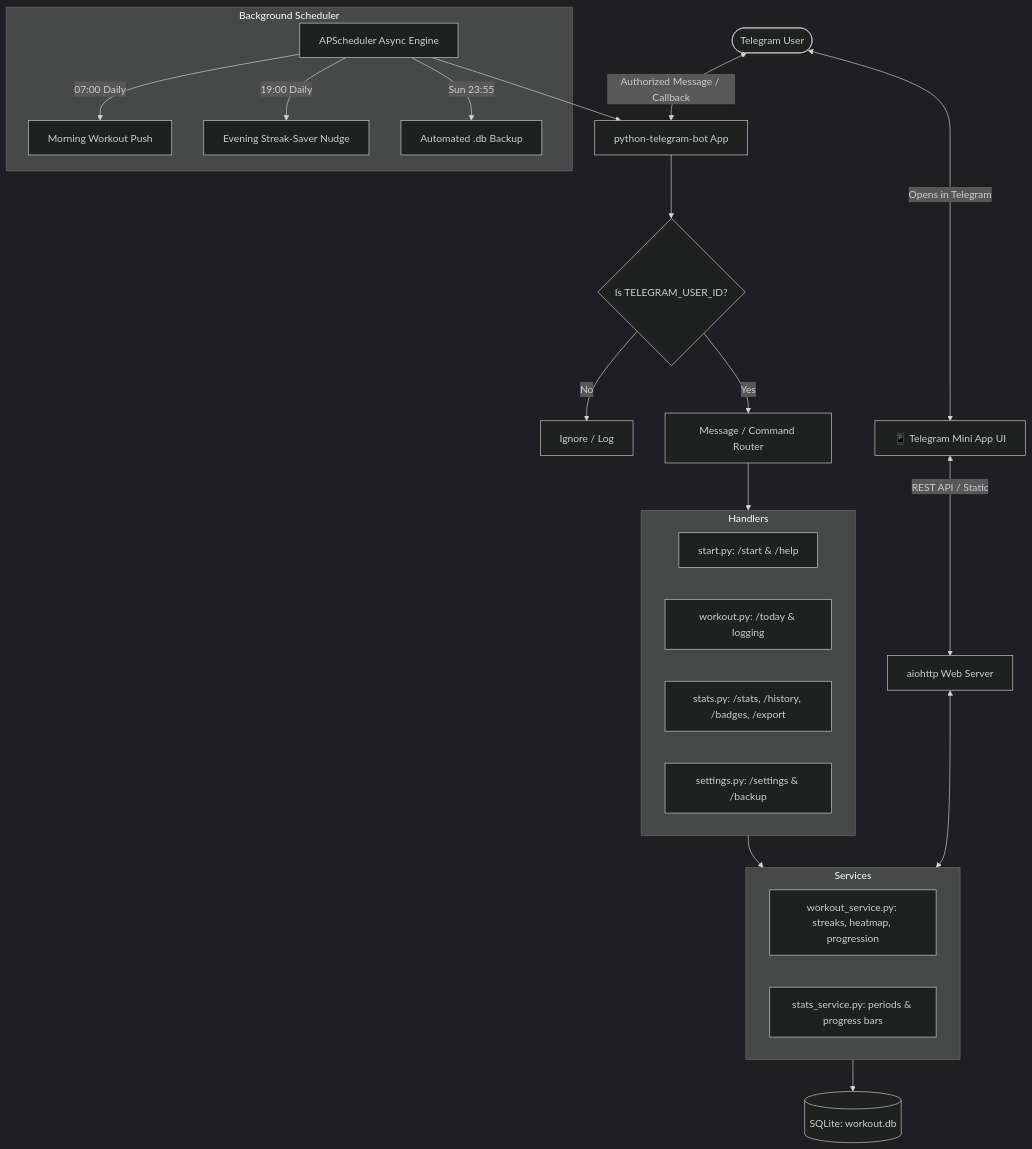
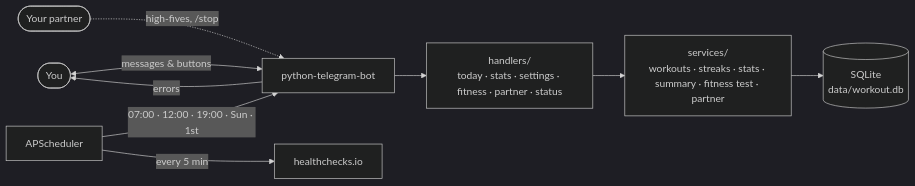
One commit to vicuvi1/Sport-Bot-Telegram- changed the diagram in README.md. Above: the diagram before and after it, drawn with Mermaid (dark theme). The commit also changed other lines of this file and 2 other files, not shown here.

````diff
--- a/README.md
+++ b/README.md
@@ -128,35 +198,11 @@
 ```mermaid
-flowchart TD
-    User([Telegram User]) <-->|Authorized Message / Callback| Bot[python-telegram-bot App]
-    User <-->|Opens in Telegram| MiniApp[📱 Telegram Mini App UI]
-    MiniApp <-->|REST API / Static| WebServer[aiohttp Web Server]
-    WebServer <--> Services
-
-    Bot --> Security{Is TELEGRAM_USER_ID?}
-    Security -->|No| Drop[Ignore / Log]
-    Security -->|Yes| Router[Message / Command Router]
-    
-    Router --> Handlers
-    subgraph Handlers
-        H1[start.py: /start & /help]
-        H2[workout.py: /today & logging]
-        H3[stats.py: /stats, /history, /badges, /export]
-        H4[settings.py: /settings & /backup]
-    end
-
-    Handlers --> Services
-    subgraph Services
-        S1[workout_service.py: streaks, heatmap, progression]
-        S2[stats_service.py: periods & progress bars]
-    end
-
-    Services --> DB[(SQLite: workout.db)]
-    
-    subgraph Background Scheduler
-        SCH[APScheduler Async Engine]
-        SCH -->|07:00 Daily| N1[Morning Workout Push]
-        SCH -->|19:00 Daily| N2[Evening Streak-Saver Nudge]
-        SCH -->|Sun 23:55| N3[Automated .db Backup]
-    end
-    SCH --> Bot
+flowchart LR
+    You([You]) <-->|messages & buttons| Bot[python-telegram-bot]
+    Partner([Your partner]) -.->|high-fives, /stop| Bot
+    Bot --> Handlers[handlers/<br>today · stats · settings · fitness · partner · status]
+    Handlers --> Services[services/<br>workouts · streaks · stats · summary · fitness test · partner]
+    Services --> DB[(SQLite<br>data/workout.db)]
+    Scheduler[APScheduler] -->|07:00 · 12:00 · 19:00 · Sun · 1st| Bot
+    Scheduler -->|every 5 min| HC[healthchecks.io]
+    Bot -->|errors| You
 ```
````
